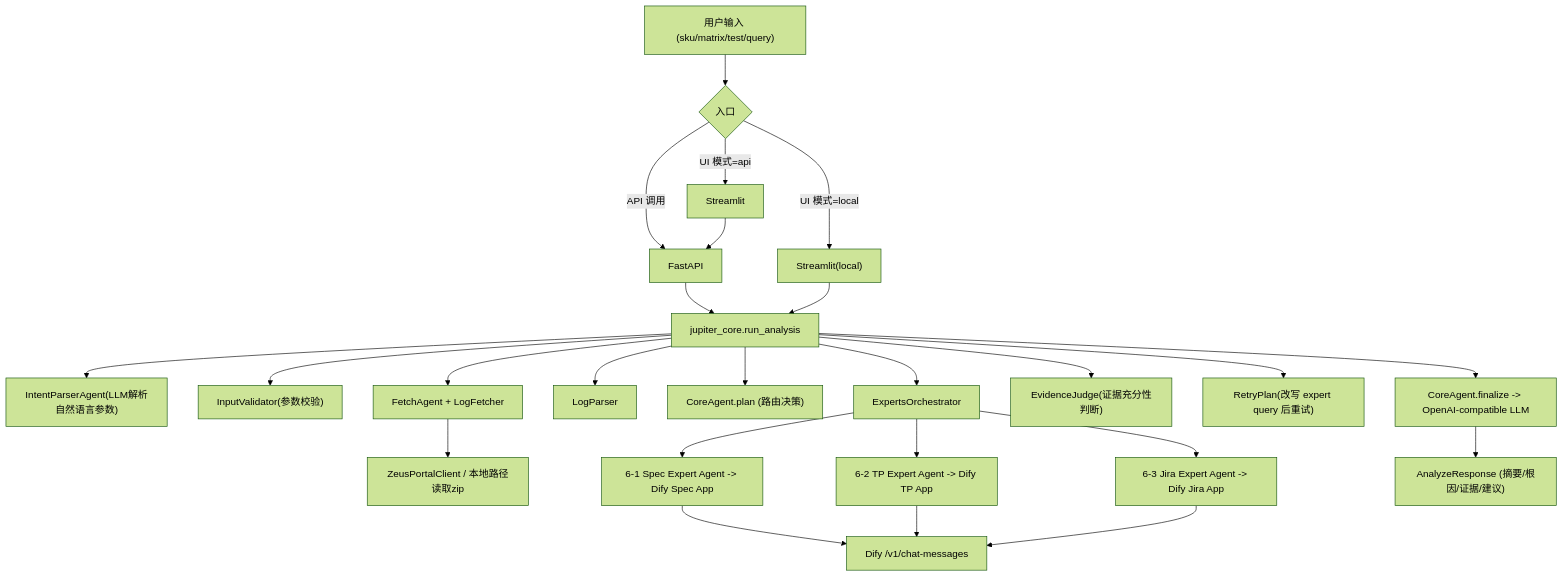
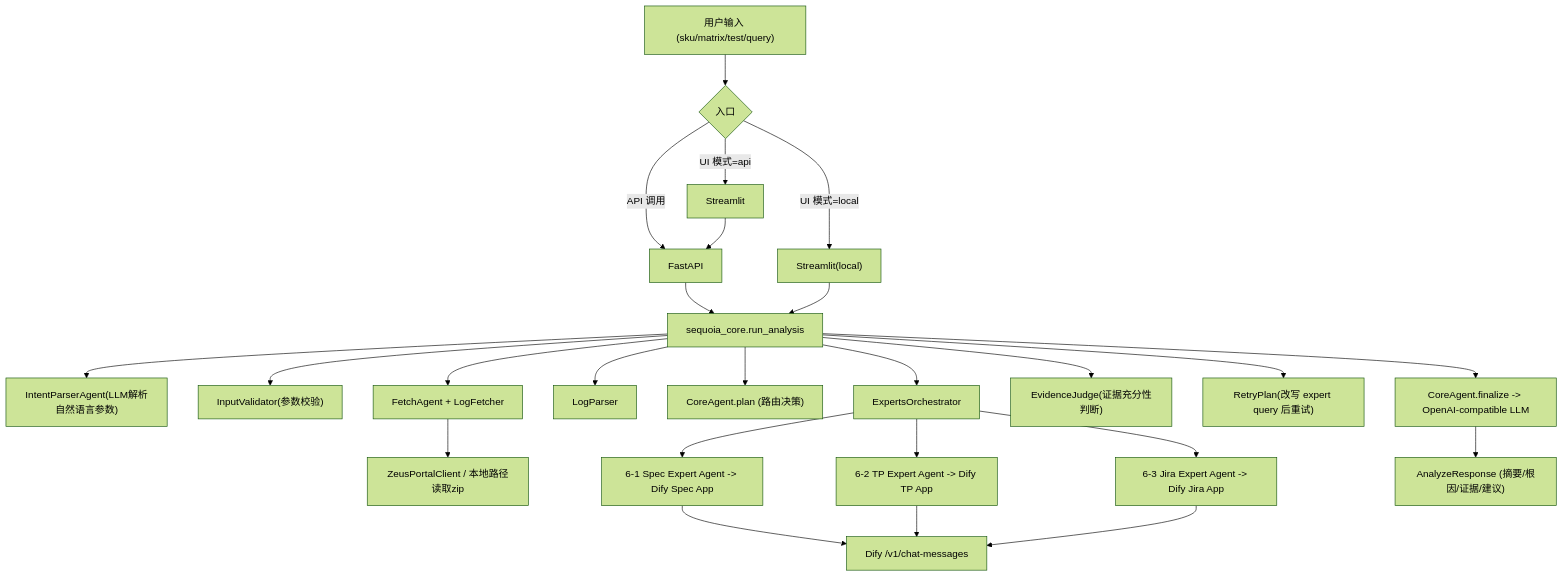
Before and after one commit to jonhncatt/jupiter: the second of 3 diagrams in README.md, drawn with Mermaid (forest theme). The commit also changed other lines of this file and 15 other files, not shown here.

````diff
--- a/README.md
+++ b/README.md
@@ -50,29 +50,29 @@
 ```mermaid
 flowchart TB
 REQ["用户输入 (sku/matrix/test/query)"] --> ENTRY{"入口"}
 ENTRY -->|UI 模式=api| FE["Streamlit"]
 ENTRY -->|API 调用| API["FastAPI"]
 ENTRY -->|UI 模式=local| FELOCAL["Streamlit(local)"]
 
 FE --> API
-API --> WF["jupiter_core.run_analysis"]
+API --> WF["sequoia_core.run_analysis"]
 FELOCAL --> WF
 
 WF --> INTENT["IntentParserAgent(LLM解析自然语言参数)"]
 WF --> VALIDATE["InputValidator(参数校验)"]
 WF --> FETCH["FetchAgent + LogFetcher"]
 FETCH --> ZEUS["ZeusPortalClient / 本地路径读取zip"]
 WF --> PARSE["LogParser"]
 WF --> COREPLAN["CoreAgent.plan (路由决策)"]
 WF --> EXP["ExpertsOrchestrator"]
 EXP --> SPEC["6-1 Spec Expert Agent -> Dify Spec App"]
 EXP --> TP["6-2 TP Expert Agent -> Dify TP App"]
 EXP --> JIRA["6-3 Jira Expert Agent -> Dify Jira App"]
 WF --> JUDGE["EvidenceJudge(证据充分性判断)"]
 WF --> RETRY["RetryPlan(改写 expert query 后重试)"]
 SPEC --> DIFY["Dify /v1/chat-messages"]
 TP --> DIFY
 JIRA --> DIFY
 WF --> FINAL["CoreAgent.finalize -> OpenAI-compatible LLM"]
 FINAL --> RESP["AnalyzeResponse (摘要/根因/证据/建议)"]
 ```
````
